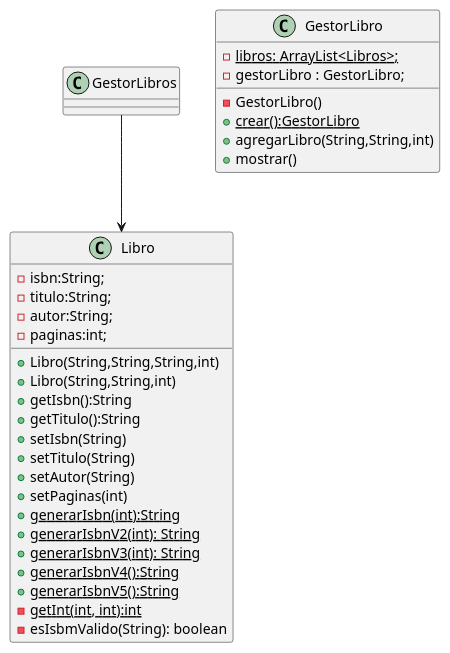
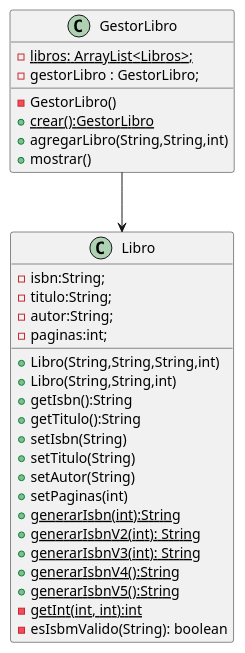
Before and after one commit to FacundoSC/Libros: the diagram in UML/diagrama.puml, drawn with PlantUML.

Commit message:
se modifica la relacion

```diff
--- a/UML/diagrama.puml
+++ b/UML/diagrama.puml
@@ -1,35 +1,35 @@
 @startuml
-GestorLibros--> Libro 
+GestorLibro--> Libro 
 
 class GestorLibro{
 -{static} libros: ArrayList<Libros>;
 - gestorLibro : GestorLibro;
 - GestorLibro()
 +{static}crear():GestorLibro
 +agregarLibro(String,String,int)
 +mostrar()
 
 }
 
 class Libro {
    -isbn:String;
    -titulo:String;
    -autor:String;
    -paginas:int;
    +Libro(String,String,String,int)
    +Libro(String,String,int)
    +getIsbn():String
    +getTitulo():String
    +setIsbn(String)
    +setTitulo(String)
    +setAutor(String)
    +setPaginas(int)
    +{static}generarIsbn(int):String
    +{static}generarIsbnV2(int): String
    +{static}generarIsbnV3(int): String
    +{static}generarIsbnV4():String
    +{static}generarIsbnV5():String
    -{static}getInt(int, int):int
    - esIsbmValido(String): boolean
 }
 @enduml
```
